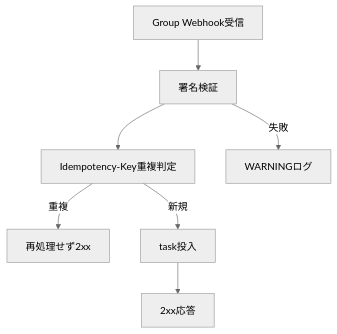
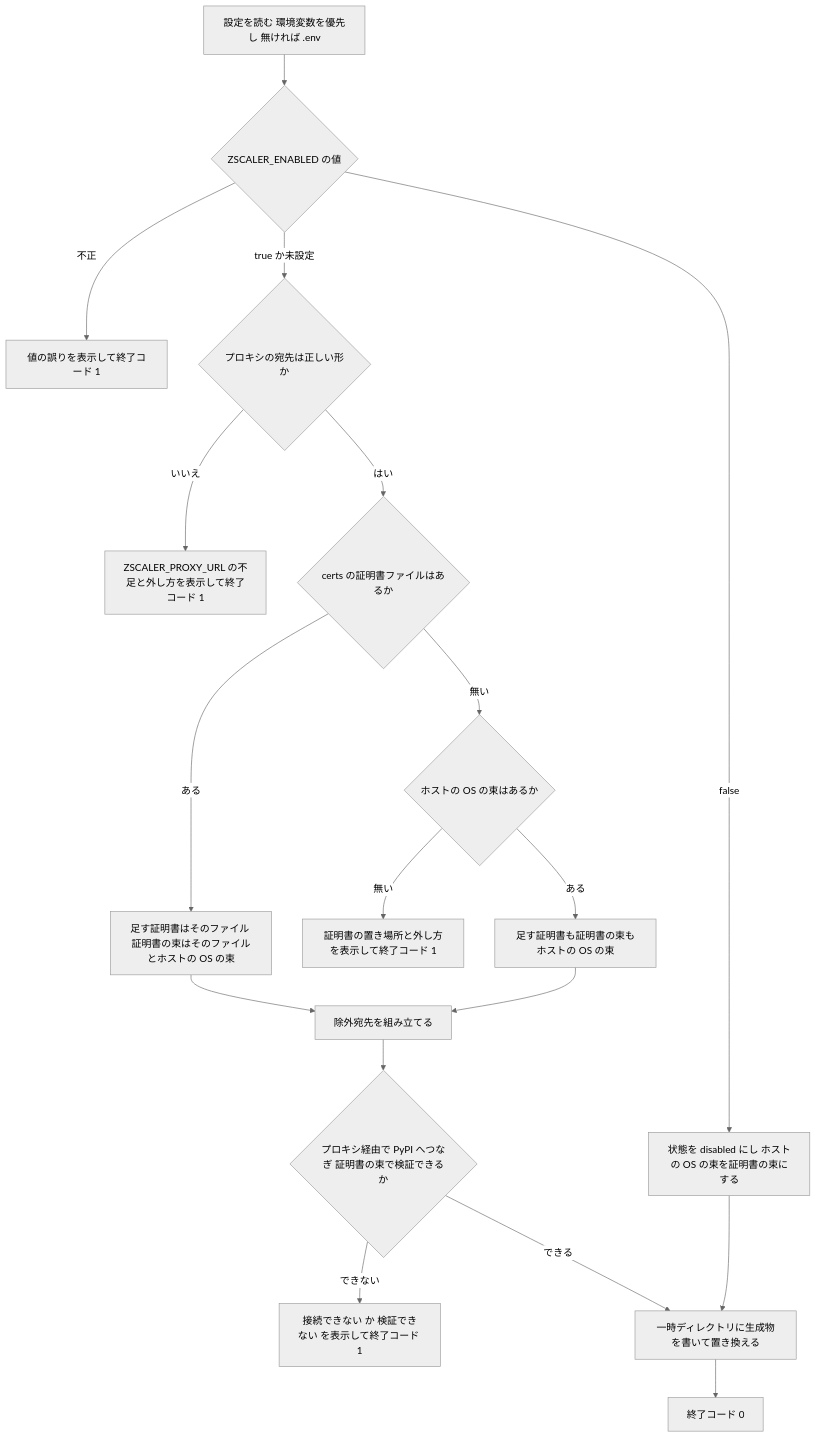
The ninth of 14 diagrams in docs/detail_design.md (notfolder/CodingAgentAutomata), drawn with Mermaid (neutral theme) before and after one commit. The commit also changed other lines of this file and 15 other files, not shown here.

````diff
--- a/docs/detail_design.md
+++ b/docs/detail_design.md
@@ -238,9 +564,20 @@
 ```mermaid
 flowchart TD
-  A[Group Webhook受信] --> B[署名検証]
-  B --> C[Idempotency-Key重複判定]
-  C -->|重複| D[再処理せず2xx]
-  C -->|新規| E[task投入]
-  E --> F[2xx応答]
-  B -->|失敗| G[WARNINGログ]
+    A[設定を読む 環境変数を優先し 無ければ .env] --> B{ZSCALER_ENABLED の値}
+    B -->|不正| E1[値の誤りを表示して終了コード 1]
+    B -->|false| D1[状態を disabled にし ホストの OS の束を証明書の束にする]
+    B -->|true か未設定| C{プロキシの宛先は正しい形か}
+    C -->|いいえ| E2[ZSCALER_PROXY_URL の不足と外し方を表示して終了コード 1]
+    C -->|はい| F{certs の証明書ファイルはあるか}
+    F -->|ある| G[足す証明書はそのファイル 証明書の束はそのファイルとホストの OS の束]
+    F -->|無い| H{ホストの OS の束はあるか}
+    H -->|無い| E3[証明書の置き場所と外し方を表示して終了コード 1]
+    H -->|ある| I[足す証明書も証明書の束もホストの OS の束]
+    G --> J[除外宛先を組み立てる]
+    I --> J
+    J --> K{プロキシ経由で PyPI へつなぎ 証明書の束で検証できるか}
+    K -->|できない| E4[接続できない か 検証できない を表示して終了コード 1]
+    K -->|できる| L[一時ディレクトリに生成物を書いて置き換える]
+    D1 --> L
+    L --> M[終了コード 0]
 ```
````
